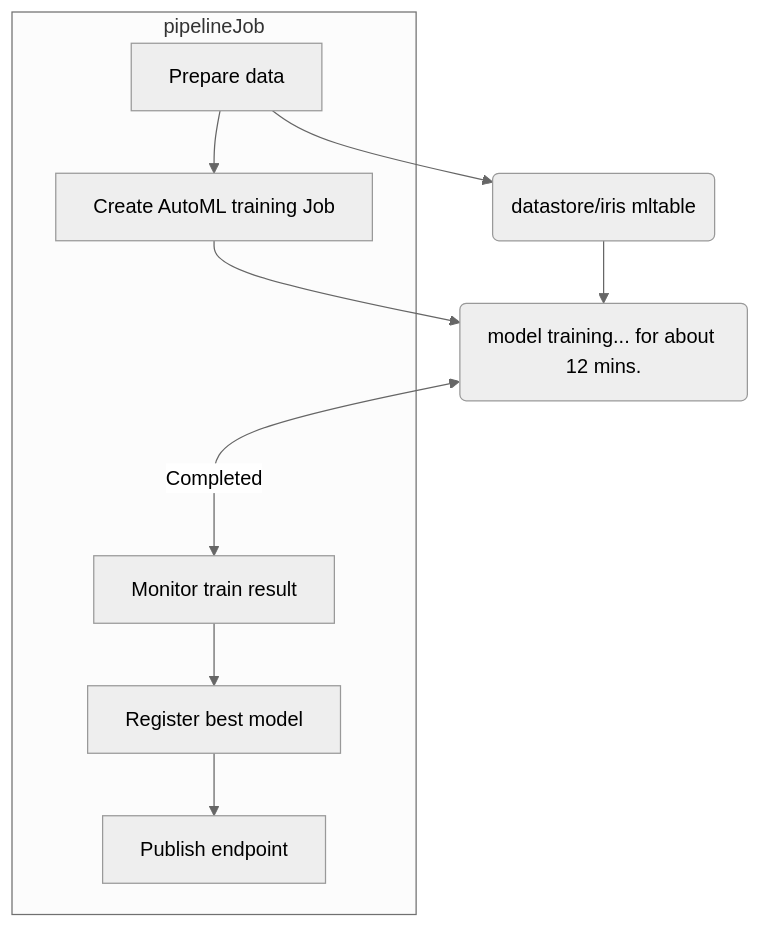
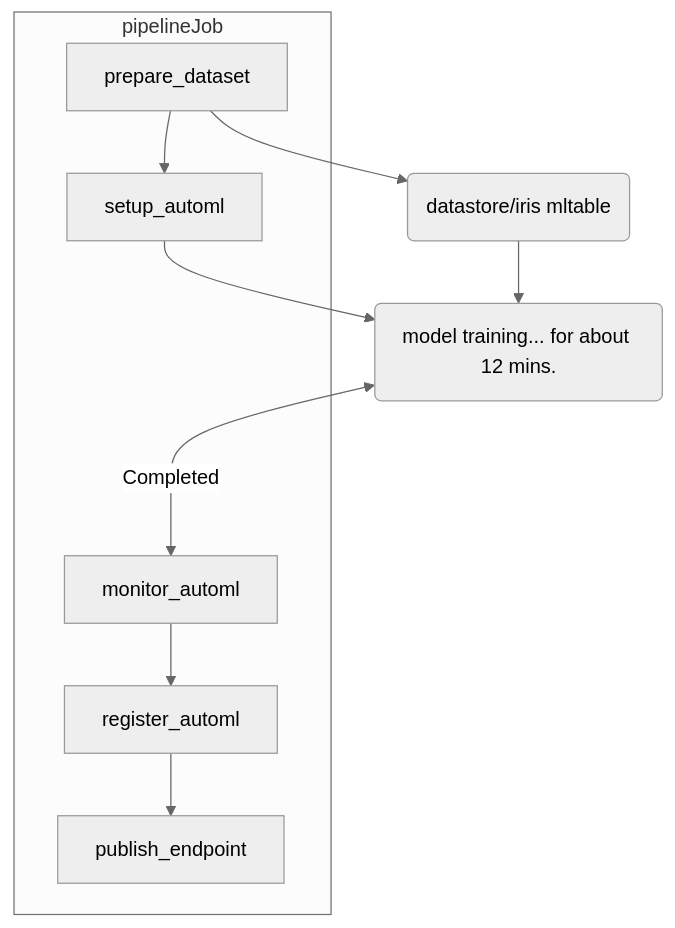
One commit to Kyrsang/Azure-ML-automation-research changed the second of 2 diagrams in README.md. Above: the diagram before and after it, drawn with Mermaid (neutral theme). The commit also changed other lines of this file, not shown here.

````diff
--- a/README.md
+++ b/README.md
@@ -37,21 +37,21 @@
 ```mermaid
 flowchart TD
     subgraph pipelineJob
-        A[Prepare data]
-        B[Create AutoML training Job]
-        C[Monitor train result]
-        D[Register best model] 
-        E[Publish endpoint]
+        A[prepare_dataset]
+        B[setup_automl]
+        C[monitor_automl]
+        D[register_automl] 
+        E[publish_endpoint]
     end 
 
     F(datastore/iris mltable)
     G(model training... for about 12 mins.) 
     
     A --> B 
     C --> D 
     D --> E 
     A --> F 
     B --> G     
     G <--Completed---> C
     F --> G
 ```
````
